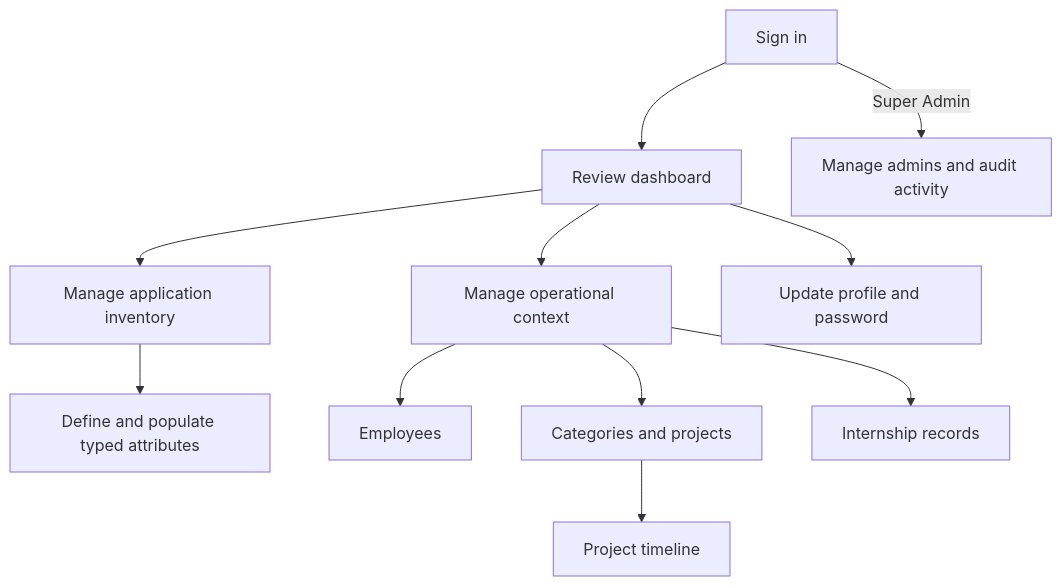
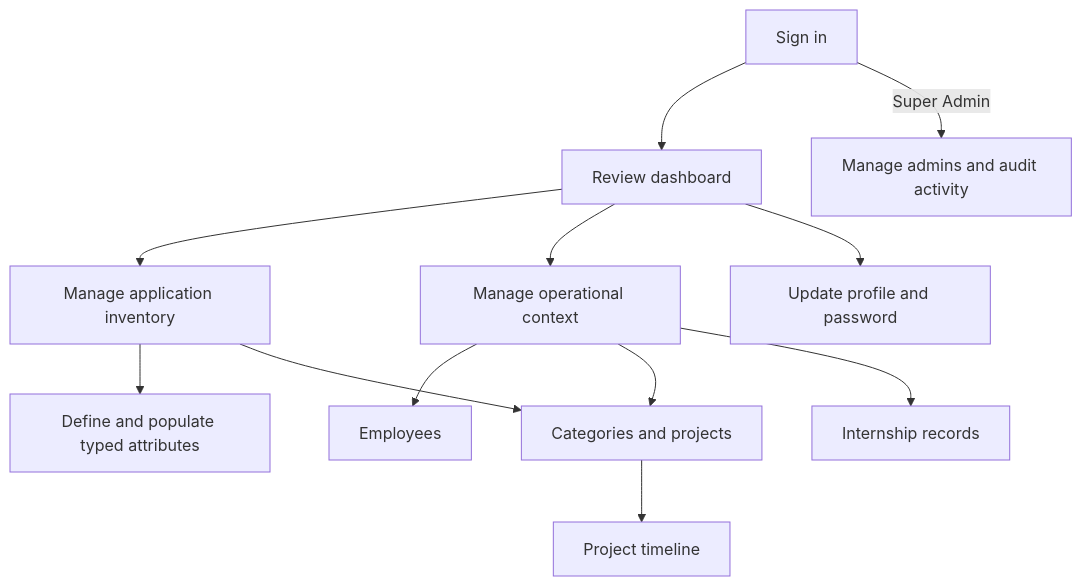
One commit to abiekaputra/simonika changed the diagram in docs/product-scope.md. Above: the diagram before and after it, drawn with Mermaid. The commit also changed other lines of this file and 24 other files, not shown here.

````diff
--- a/docs/product-scope.md
+++ b/docs/product-scope.md
@@ -32,13 +32,14 @@
 ```mermaid
 flowchart TD
     Login[Sign in] --> Dashboard[Review dashboard]
     Dashboard --> Inventory[Manage application inventory]
     Inventory --> Attributes[Define and populate typed attributes]
     Dashboard --> Operations[Manage operational context]
     Operations --> Employees[Employees]
     Operations --> Projects[Categories and projects]
+    Inventory --> Projects
     Projects --> Timeline[Project timeline]
     Operations --> Internships[Internship records]
     Dashboard --> Profile[Update profile and password]
     Login -->|Super Admin| Governance[Manage admins and audit activity]
 ```
````
